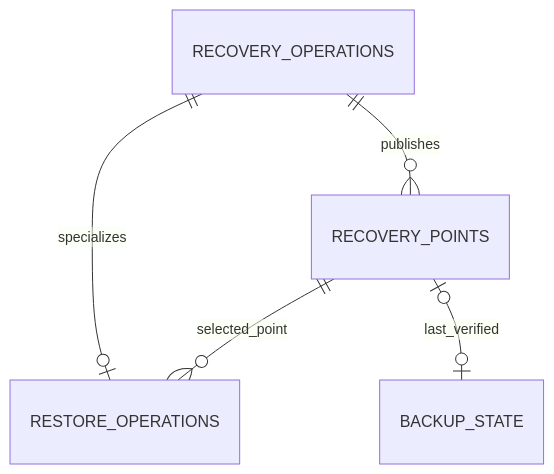
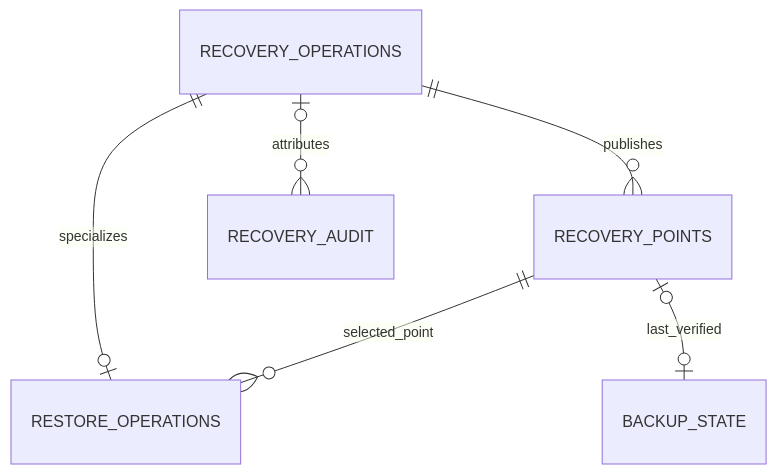
Before and after one commit to sandiegodavid/Easy-Property-Management: the diagram in docs/database/operator-recovery.md, drawn with Mermaid. The commit also changed other lines of this file and 91 other files, not shown here.

````diff
--- a/docs/database/operator-recovery.md
+++ b/docs/database/operator-recovery.md
@@ -20,7 +21,8 @@
 ```mermaid
 erDiagram
     RECOVERY_OPERATIONS ||--o{ RECOVERY_POINTS : publishes
     RECOVERY_OPERATIONS ||--o| RESTORE_OPERATIONS : specializes
     RECOVERY_POINTS ||--o{ RESTORE_OPERATIONS : selected_point
     RECOVERY_POINTS o|--o| BACKUP_STATE : last_verified
+    RECOVERY_OPERATIONS o|--o{ RECOVERY_AUDIT : attributes
 ```
````
